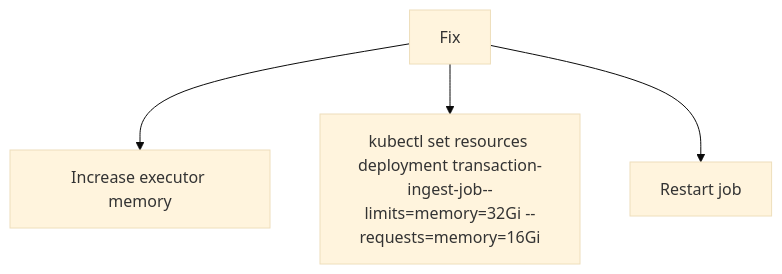
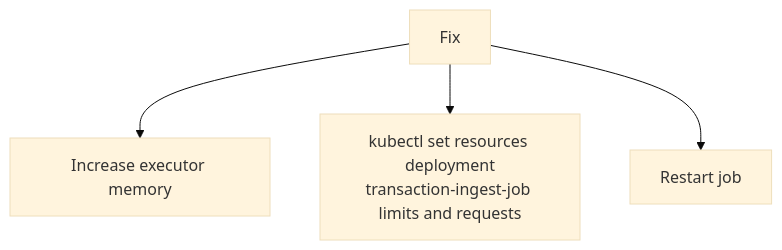
The first of 8 diagrams in docs/production/troubleshooting.md (naren-chakraview/chakraview-fintech-data-mesh), drawn with Mermaid (base theme) before and after one commit. The commit also changed other lines of this file and 21 other files, not shown here.

First line of the commit message:
Fix mermaid diagram rendering issues in fintech data mesh documentation

````diff
--- a/docs/production/troubleshooting.md
+++ b/docs/production/troubleshooting.md
@@ -57,7 +57,7 @@
 ```mermaid
 graph TD
     A["Fix"]
     A --> A1["Increase executor memory"]
-    A --> A2["kubectl set resources deployment transaction-ingest-job--limits=memory=32Gi --requests=memory=16Gi"]
+    A --> A2["kubectl set resources deployment<br/>transaction-ingest-job limits and requests"]
     A --> A3["Restart job"]
 ```
````
